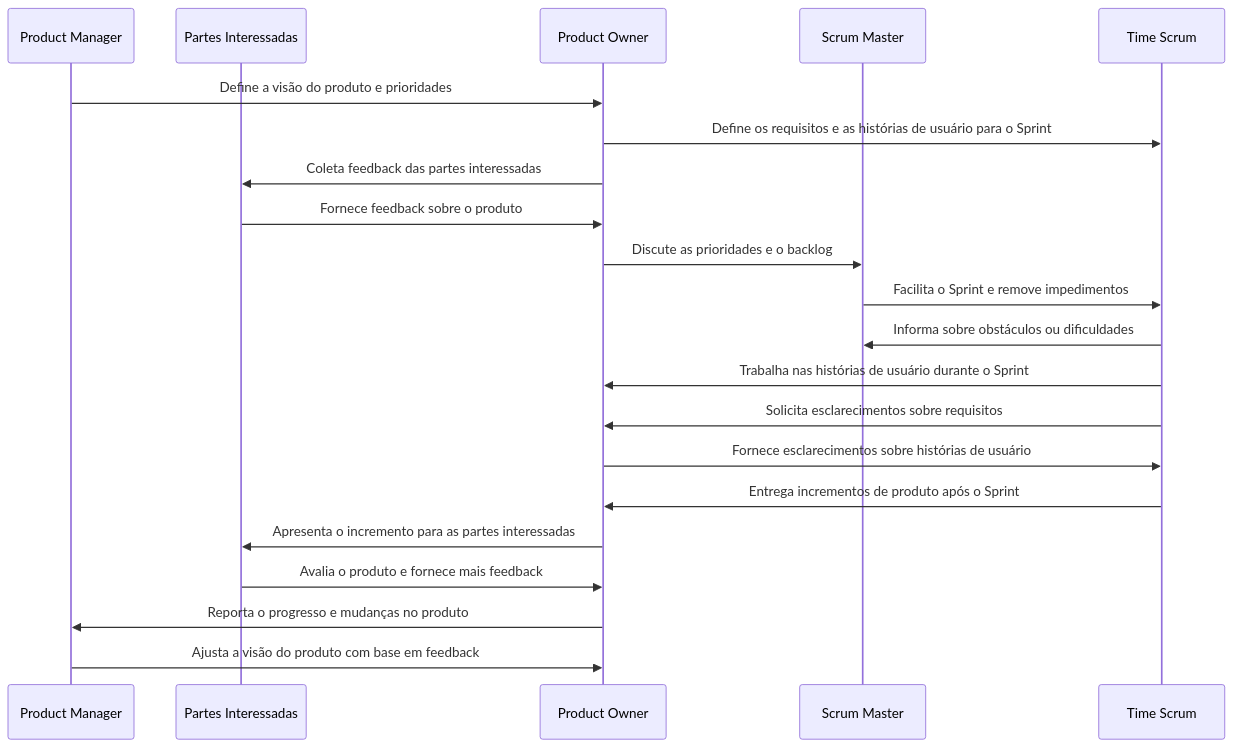
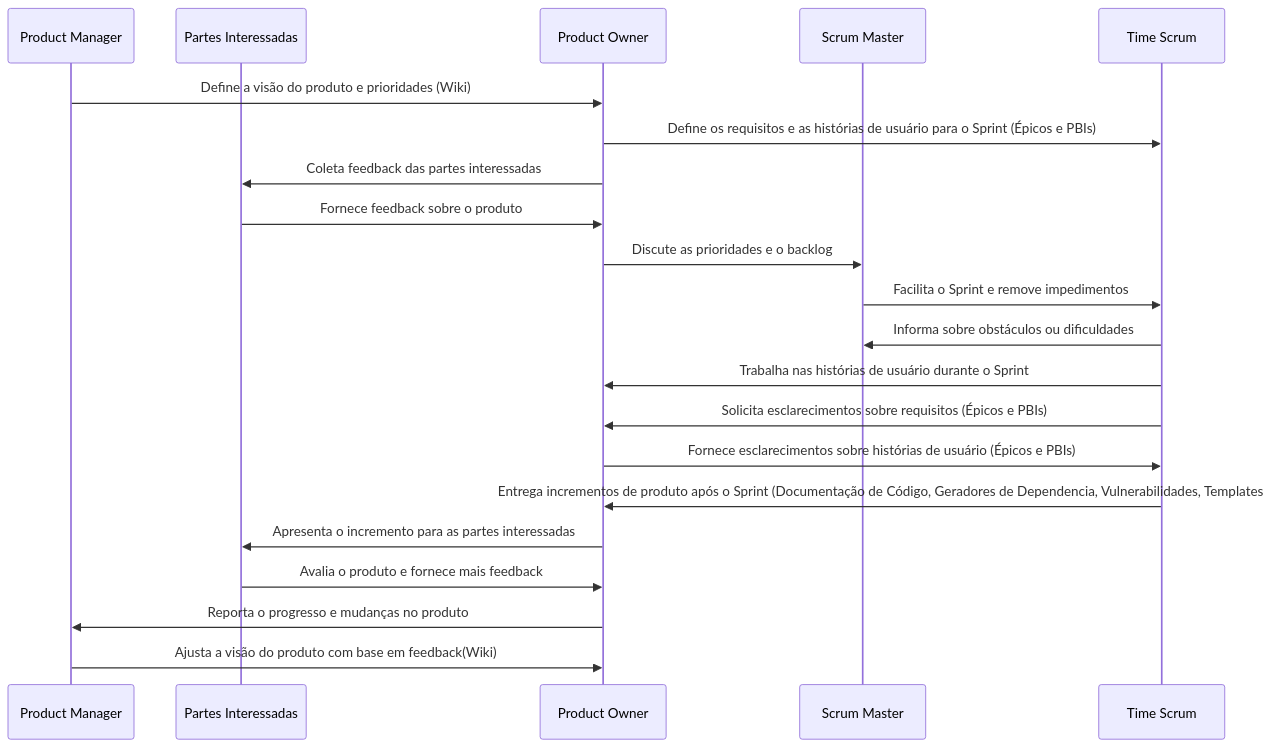
Before and after one commit to 60pportunities/wiki2mkdocs: the diagram in README.md, drawn with Mermaid. The commit also changed other lines of this file, not shown here.

````diff
--- a/README.md
+++ b/README.md
@@ -43,24 +50,24 @@
 ```mermaid
 sequenceDiagram
     participant PM as Product Manager
     participant SI as Partes Interessadas
     participant PO as Product Owner
     participant SM as Scrum Master
     participant TS as Time Scrum
 
-    PM->>PO: Define a visão do produto e prioridades
-    PO->>TS: Define os requisitos e as histórias de usuário para o Sprint
+    PM->>PO: Define a visão do produto e prioridades (Wiki)
+    PO->>TS: Define os requisitos e as histórias de usuário para o Sprint (Épicos e PBIs)
     PO->>SI: Coleta feedback das partes interessadas
     SI->>PO: Fornece feedback sobre o produto
     PO->>SM: Discute as prioridades e o backlog
     SM->>TS: Facilita o Sprint e remove impedimentos
     TS->>SM: Informa sobre obstáculos ou dificuldades
     TS->>PO: Trabalha nas histórias de usuário durante o Sprint
-    TS->>PO: Solicita esclarecimentos sobre requisitos
-    PO->>TS: Fornece esclarecimentos sobre histórias de usuário
-    TS->>PO: Entrega incrementos de produto após o Sprint
+    TS->>PO: Solicita esclarecimentos sobre requisitos (Épicos e PBIs)
+    PO->>TS: Fornece esclarecimentos sobre histórias de usuário (Épicos e PBIs)
+    TS->>PO: Entrega incrementos de produto após o Sprint (Documentação de Código, Geradores de Dependencia, Vulnerabilidades, Templates )
     PO->>SI: Apresenta o incremento para as partes interessadas
     SI->>PO: Avalia o produto e fornece mais feedback
     PO->>PM: Reporta o progresso e mudanças no produto
-    PM->>PO: Ajusta a visão do produto com base em feedback
+    PM->>PO: Ajusta a visão do produto com base em feedback(Wiki)
 ```
````
